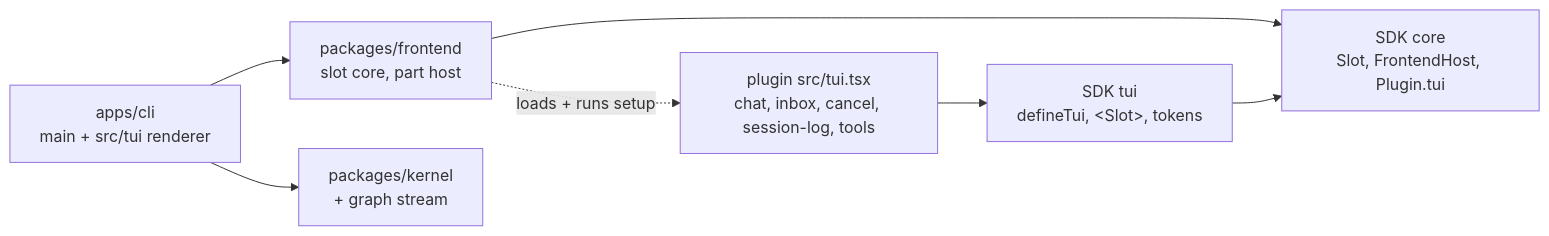
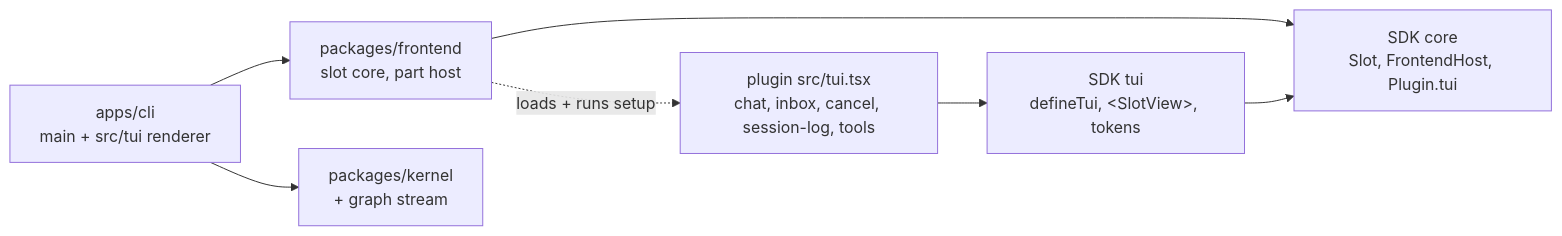
Before and after one commit to shanepadgett/liminal: the first of 2 diagrams in docs/plans/archive/tui-session.md, drawn with Mermaid. The commit also changed other lines of this file and 5 other files, not shown here.

````diff
--- a/docs/plans/archive/tui-session.md
+++ b/docs/plans/archive/tui-session.md
@@ -9,9 +9,9 @@
 ```mermaid
 flowchart LR
   cli["apps/cli<br/>main + src/tui renderer"] --> fe["packages/frontend<br/>slot core, part host"]
   cli --> kernel["packages/kernel<br/>+ graph stream"]
   fe --> sdk["SDK core<br/>Slot, FrontendHost, Plugin.tui"]
-  tui["SDK tui<br/>defineTui, &lt;Slot&gt;, tokens"] --> sdk
+  tui["SDK tui<br/>defineTui, &lt;SlotView&gt;, tokens"] --> sdk
   parts["plugin src/tui.tsx<br/>chat, inbox, cancel, session-log, tools"] --> tui
   fe -. "loads + runs setup" .-> parts
 ```
````
